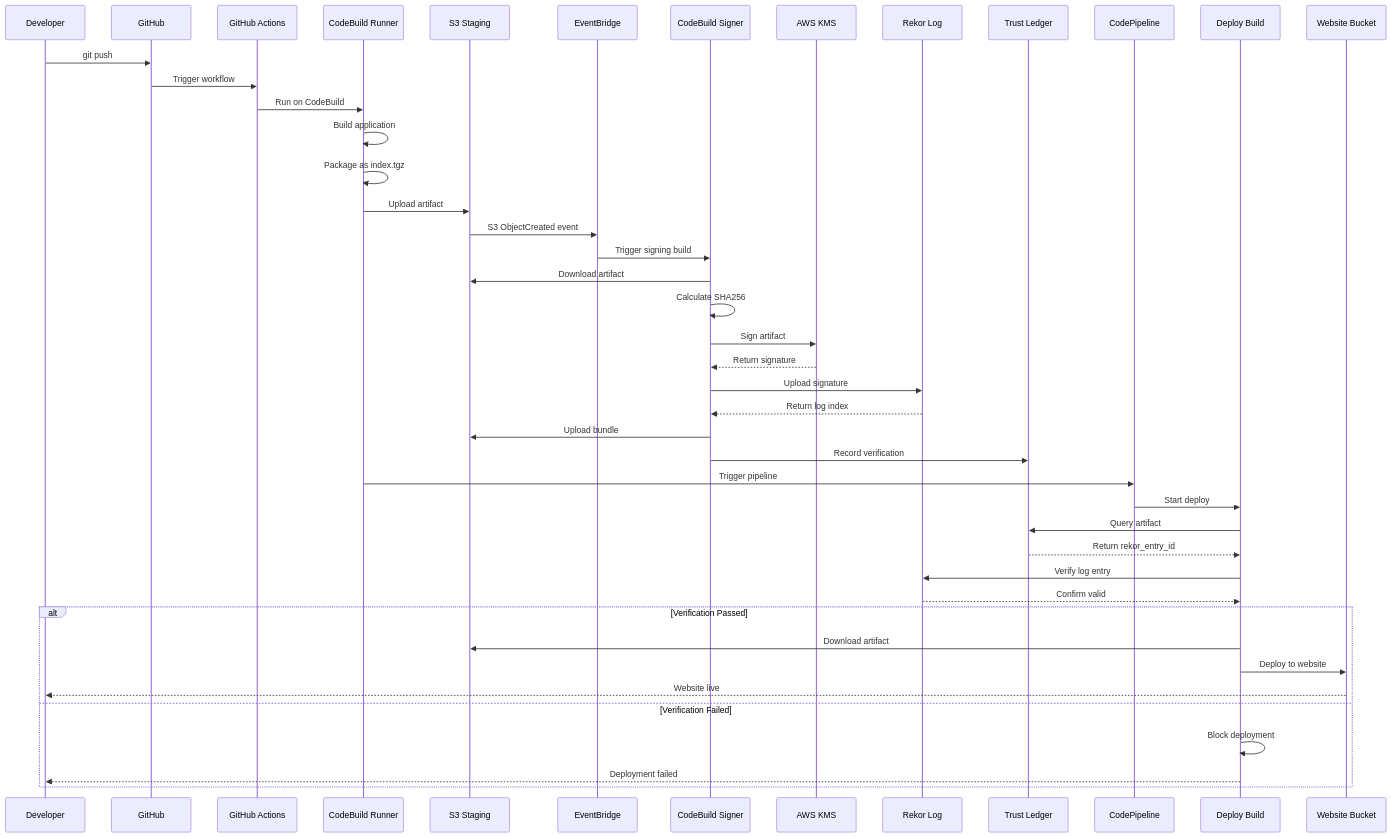
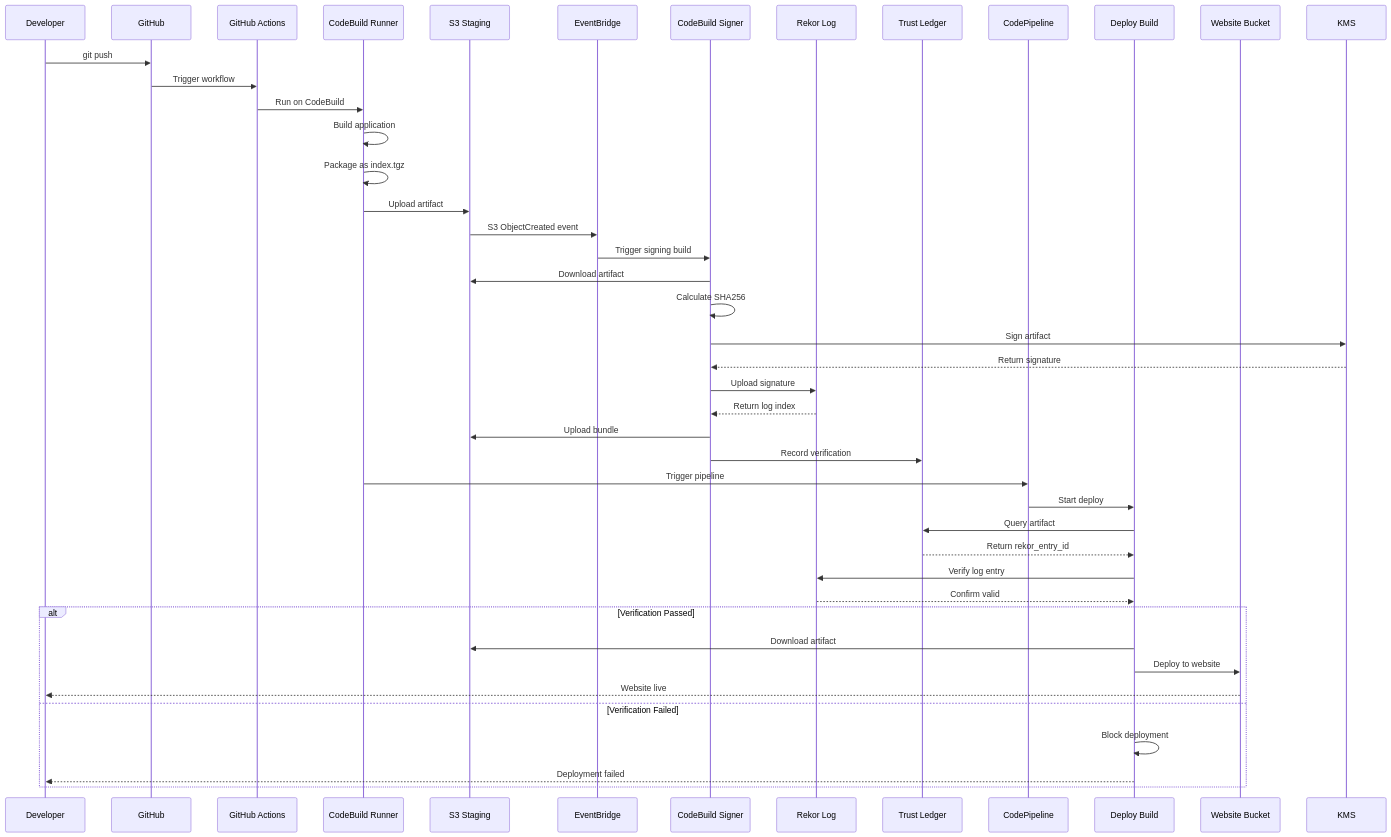
The second of 6 diagrams in TECHNICAL_DOCUMENTATION.md (tanishk97/MICS295Capstone), drawn with Mermaid before and after one commit. The commit also changed other lines of this file, not shown here.

Commit message:
Update documentation: Remove AWS KMS, add Sigstore keyless signing

````diff
--- a/TECHNICAL_DOCUMENTATION.md
+++ b/TECHNICAL_DOCUMENTATION.md
@@ -315,52 +318,51 @@
 ```mermaid
 sequenceDiagram
     participant Dev as Developer
     participant GH as GitHub
     participant GHA as GitHub Actions
     participant CB1 as CodeBuild Runner
     participant S3S as S3 Staging
     participant EB as EventBridge
     participant CB2 as CodeBuild Signer
-    participant KMS as AWS KMS
     participant Rekor as Rekor Log
     participant DDB as Trust Ledger
     participant CP as CodePipeline
     participant CB3 as Deploy Build
     participant S3W as Website Bucket
     
     Dev->>GH: git push
     GH->>GHA: Trigger workflow
     GHA->>CB1: Run on CodeBuild
     CB1->>CB1: Build application
     CB1->>CB1: Package as index.tgz
     CB1->>S3S: Upload artifact
     
     S3S->>EB: S3 ObjectCreated event
     EB->>CB2: Trigger signing build
     
     CB2->>S3S: Download artifact
     CB2->>CB2: Calculate SHA256
     CB2->>KMS: Sign artifact
     KMS-->>CB2: Return signature
     CB2->>Rekor: Upload signature
     Rekor-->>CB2: Return log index
     CB2->>S3S: Upload bundle
     CB2->>DDB: Record verification
     
     CB1->>CP: Trigger pipeline
     CP->>CB3: Start deploy
     
     CB3->>DDB: Query artifact
     DDB-->>CB3: Return rekor_entry_id
     CB3->>Rekor: Verify log entry
     Rekor-->>CB3: Confirm valid
     
     alt Verification Passed
         CB3->>S3S: Download artifact
         CB3->>S3W: Deploy to website
         S3W-->>Dev: Website live
     else Verification Failed
         CB3->>CB3: Block deployment
         CB3-->>Dev: Deployment failed
     end
 ```
````
